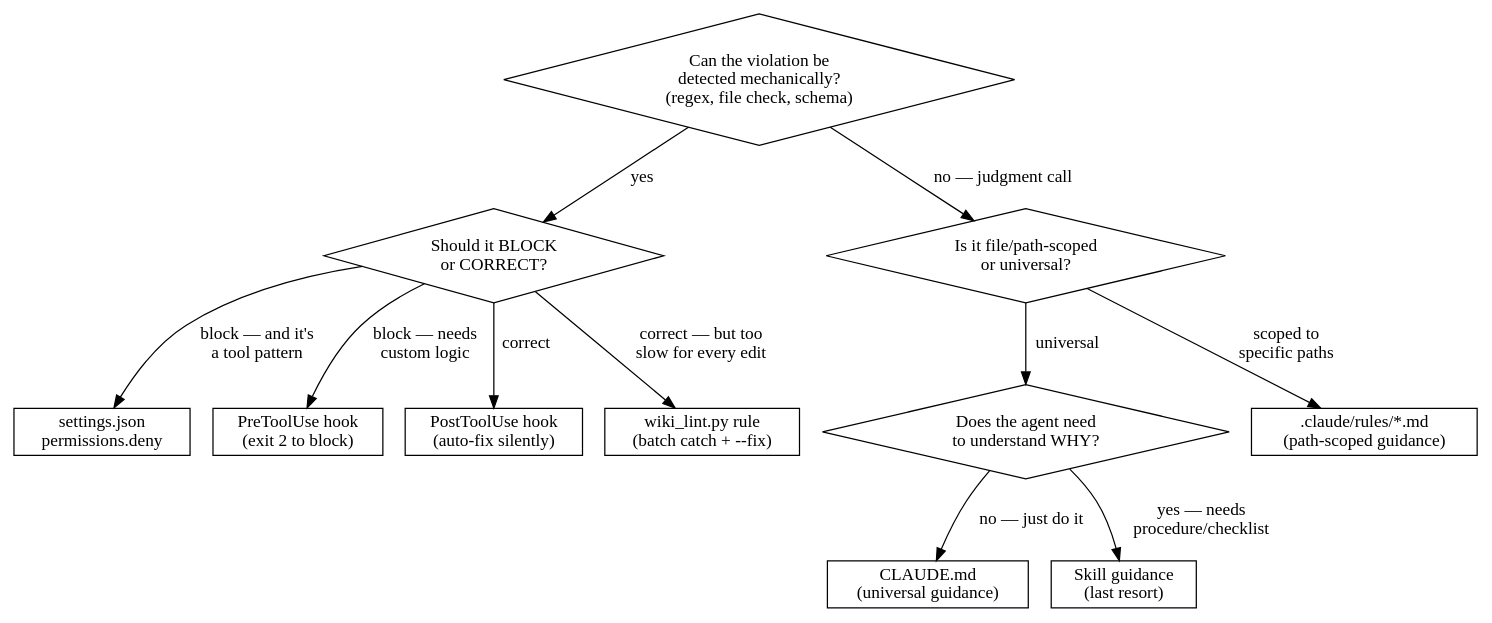
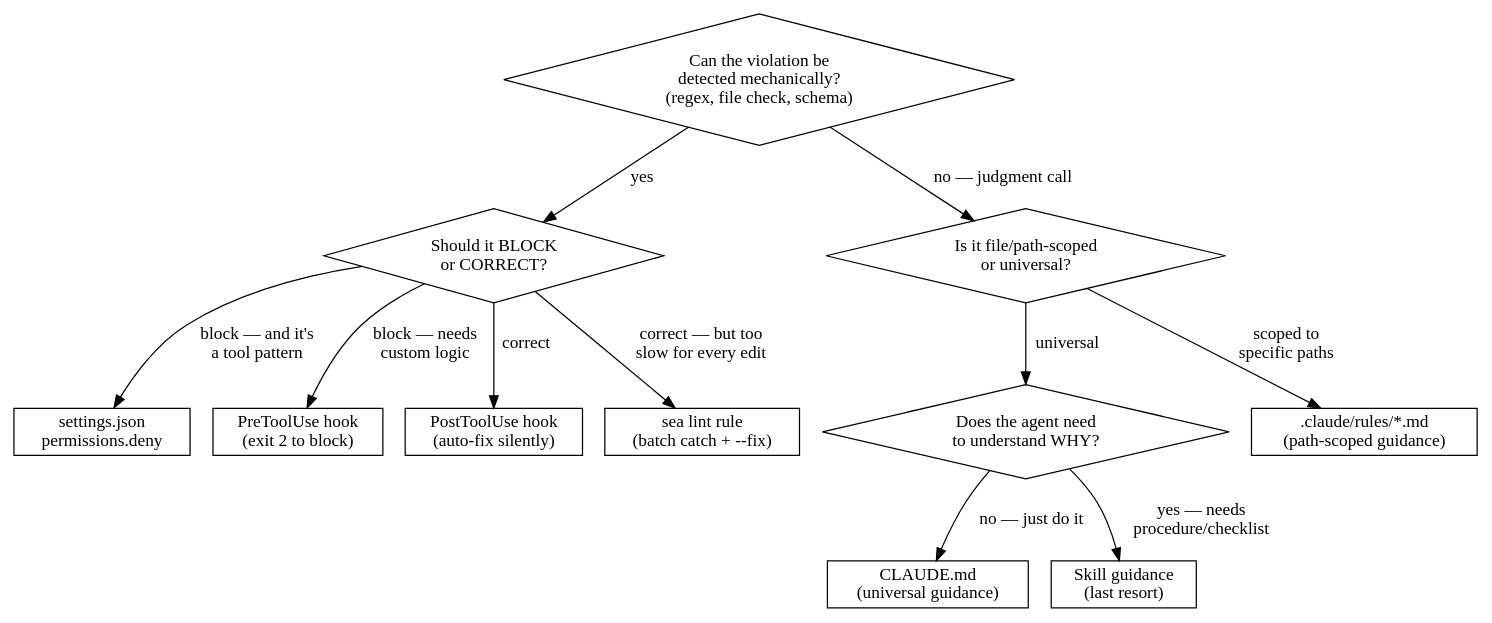
Before and after one commit to Thedougler/shattered-sea-wiki: the diagram in .claude/skills/enforced-in-code/SKILL.md, drawn with Graphviz. The commit also changed other lines of this file and 17 other files, not shown here.

First line of the commit message:
refactor: migrate wiki lint/health from Python to sea CLI

````diff
--- a/.claude/skills/enforced-in-code/SKILL.md
+++ b/.claude/skills/enforced-in-code/SKILL.md
@@ -16,31 +16,31 @@
 ```dot
 digraph enforce {
   rankdir=TB;
   node [shape=diamond];
 
   Q1 [label="Can the violation be\ndetected mechanically?\n(regex, file check, schema)"];
   Q2 [label="Should it BLOCK\nor CORRECT?"];
   Q3 [label="Is it file/path-scoped\nor universal?"];
   Q4 [label="Does the agent need\nto understand WHY?"];
 
   node [shape=box];
   PERMISSION [label="settings.json\npermissions.deny"];
   PRE_HOOK [label="PreToolUse hook\n(exit 2 to block)"];
   POST_HOOK [label="PostToolUse hook\n(auto-fix silently)"];
-  LINT [label="wiki_lint.py rule\n(batch catch + --fix)"];
+  LINT [label="sea lint rule\n(batch catch + --fix)"];
   RULE [label=".claude/rules/*.md\n(path-scoped guidance)"];
   CLAUDEMD [label="CLAUDE.md\n(universal guidance)"];
   SKILL [label="Skill guidance\n(last resort)"];
 
   Q1 -> Q2 [label="yes"];
   Q1 -> Q3 [label="no — judgment call"];
   Q2 -> PERMISSION [label="block — and it's\na tool pattern"];
   Q2 -> PRE_HOOK [label="block — needs\ncustom logic"];
   Q2 -> POST_HOOK [label="correct"];
   Q2 -> LINT [label="correct — but too\nslow for every edit"];
   Q3 -> RULE [label="scoped to\nspecific paths"];
   Q3 -> Q4 [label="universal"];
   Q4 -> CLAUDEMD [label="no — just do it"];
   Q4 -> SKILL [label="yes — needs\nprocedure/checklist"];
 }
 ```
````
